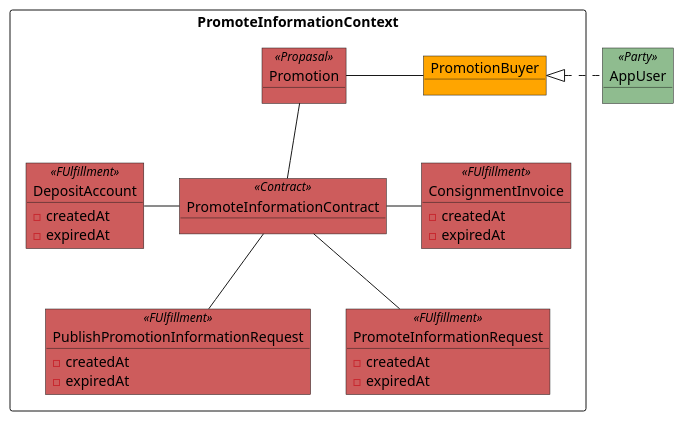
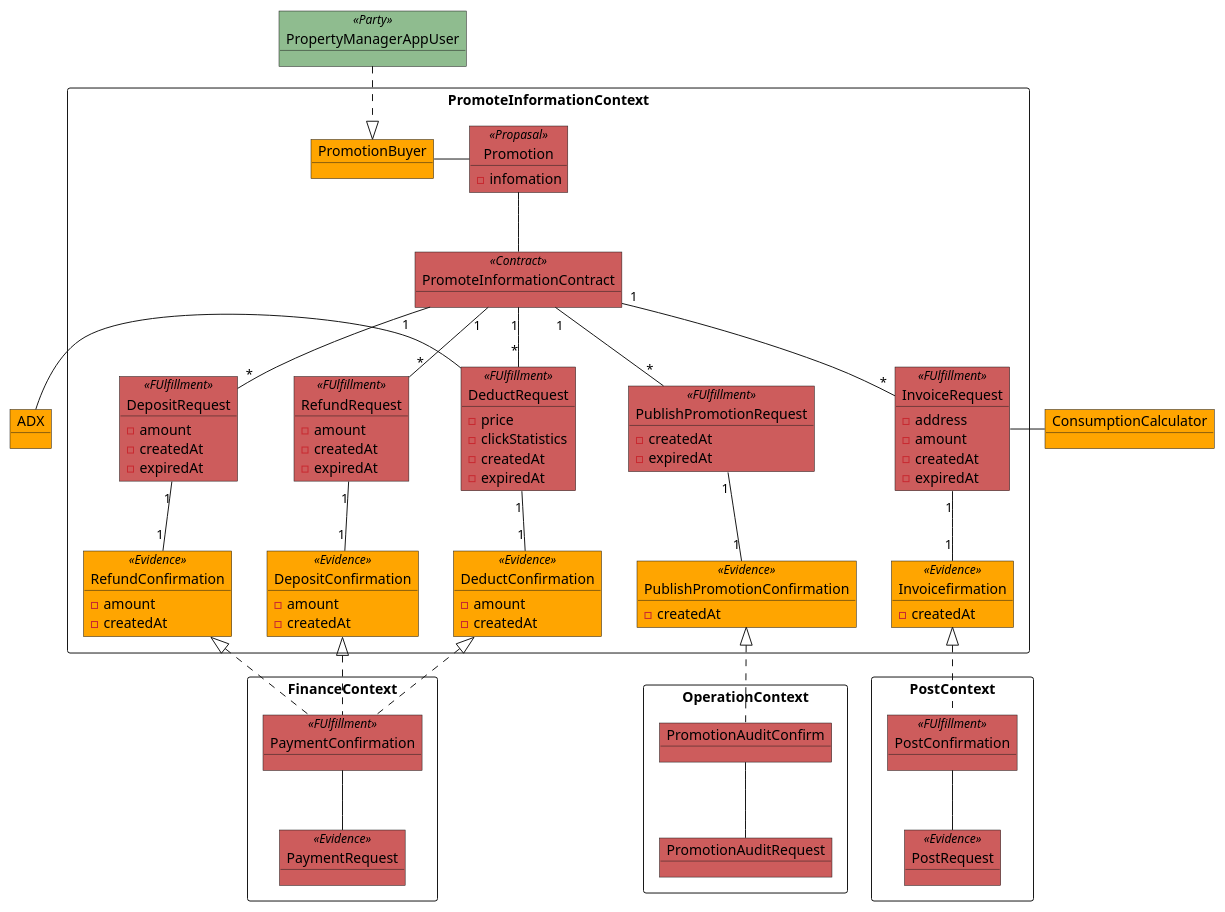
Before and after one commit to scglwsj/seele: the third of 3 diagrams in 8x/thought_tenement.puml, drawn with PlantUML. The commit also changed other lines of this file, not shown here.

Commit message:
version 3

```diff
--- a/8x/thought_tenement.puml
+++ b/8x/thought_tenement.puml
@@ -105,38 +137,111 @@
 @startuml promote_information
 package PromoteInformationContext <<Rectangle>> {
   object PromotionBuyer #Orange
   object PromoteInformationContract <<Contract>> #IndianRed
-  object Promotion <<Propasal>> #IndianRed
 
-  object DepositAccount<<FUlfillment>> #IndianRed {
+  object Promotion <<Propasal>> #IndianRed {
+    - infomation
+  }
+
+  object DeductRequest <<FUlfillment>> #IndianRed {
+    - price
+    - clickStatistics
     - createdAt
     - expiredAt
   }
 
-  object PublishPromotionInformationRequest <<FUlfillment>> #IndianRed {
+  object DeductConfirmation<<Evidence>> #Orange {
+    - amount
+    - createdAt
+  }
+
+  object DepositRequest<<FUlfillment>> #IndianRed {
+    - amount
     - createdAt
     - expiredAt
   }
 
-  object PromoteInformationRequest <<FUlfillment>> #IndianRed {
+  object DepositConfirmation<<Evidence>> #Orange {
+    - amount
+    - createdAt
+  }
+
+  object RefundRequest<<FUlfillment>> #IndianRed {
+    - amount
     - createdAt
     - expiredAt
   }
 
-  object ConsignmentInvoice <<FUlfillment>> #IndianRed {
+  object RefundConfirmation<<Evidence>> #Orange {
+    - amount
+    - createdAt
+  }
+
+  object PublishPromotionRequest <<FUlfillment>> #IndianRed {
     - createdAt
     - expiredAt
   }
 
-  PromoteInformationContract -left- DepositAccount
-  PromoteInformationContract -- PublishPromotionInformationRequest
-  PromoteInformationContract -- PromoteInformationRequest
-  PromoteInformationContract -right- ConsignmentInvoice
+  object PublishPromotionConfirmation<<Evidence>> #Orange {
+    - createdAt
+  }
+
+  object InvoiceRequest <<FUlfillment>> #IndianRed {
+    - address
+    - amount
+    - createdAt
+    - expiredAt
+  }
+
+  object Invoicefirmation<<Evidence>> #Orange {
+    - createdAt
+  }
+
+  PromoteInformationContract "1" -- "*" DepositRequest
+  RefundRequest "1" -- "1" DepositConfirmation
+  PromoteInformationContract "1" -- "*" RefundRequest
+  DepositRequest "1" -- "1" RefundConfirmation
+  PromoteInformationContract "1" -- "*" PublishPromotionRequest
+  PublishPromotionRequest "1" -- "1" PublishPromotionConfirmation
+  PromoteInformationContract "1" -- "*" DeductRequest
+  DeductRequest "1" -- "1" DeductConfirmation
+  PromoteInformationContract "1" -- "*" InvoiceRequest
+  InvoiceRequest "1" -- "1" Invoicefirmation
   Promotion -- PromoteInformationContract
-  PromotionBuyer -left- Promotion
+  PromotionBuyer -right- Promotion
 }
 
-object AppUser <<Party>> #DarkSeaGreen
+package FinanceContext <<Rectangle>> {
+  object PaymentRequest <<Evidence>> #IndianRed
+  object PaymentConfirmation <<FUlfillment>> #IndianRed
 
-AppUser .left.|> PromotionBuyer
+  PaymentConfirmation -- PaymentRequest
+}
+
+package PostContext <<Rectangle>> {
+  object PostRequest <<Evidence>> #IndianRed
+  object PostConfirmation <<FUlfillment>> #IndianRed
+
+  PostConfirmation -- PostRequest
+}
+
+package OperationContext <<Rectangle>> {
+  object PromotionAuditRequest #IndianRed
+  object PromotionAuditConfirm #IndianRed
+
+  PromotionAuditConfirm -- PromotionAuditRequest
+}
+
+object PropertyManagerAppUser <<Party>> #DarkSeaGreen
+object ConsumptionCalculator #Orange
+object ADX #Orange
+
+PropertyManagerAppUser ..^ PromotionBuyer
+DepositConfirmation ^.. PaymentConfirmation
+RefundConfirmation ^.. PaymentConfirmation
+DeductConfirmation ^.. PaymentConfirmation
+InvoiceRequest -right- ConsumptionCalculator
+DeductRequest -left- ADX
+Invoicefirmation ^.. PostConfirmation
+PublishPromotionConfirmation ^.. PromotionAuditConfirm
 @enduml promote_information
```
